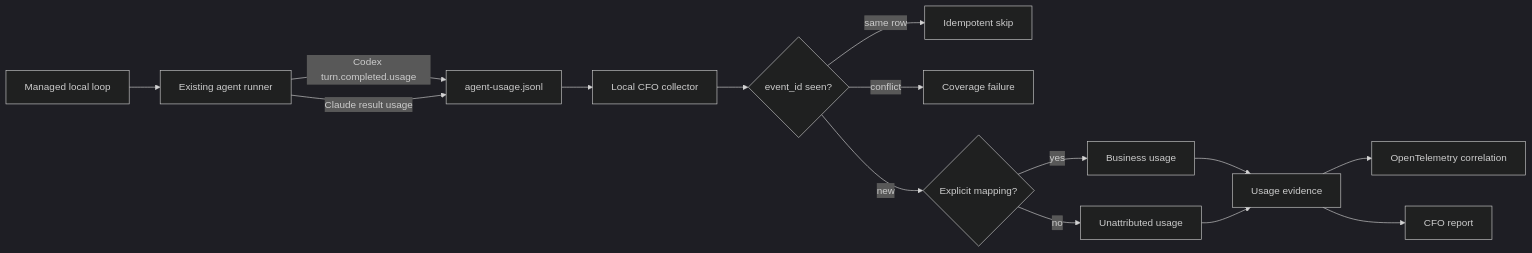
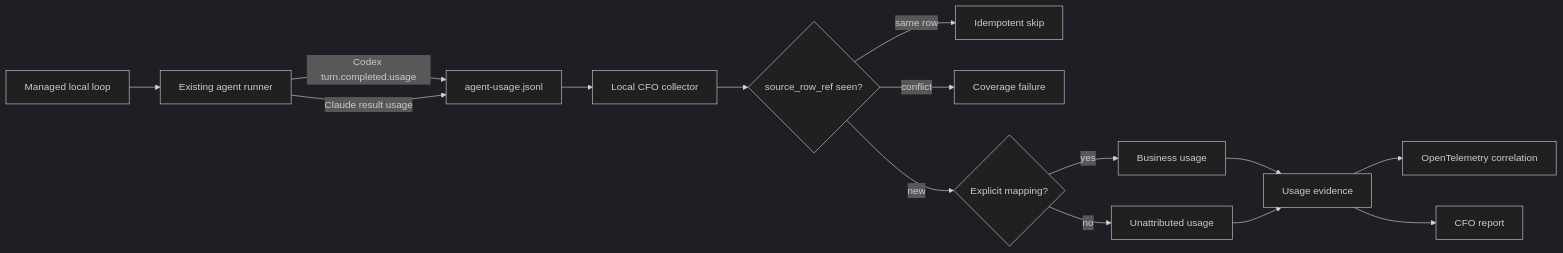
Before and after one commit to Daisuke134/anicca: the diagram in docs/superpowers/specs/2026-08-10-life-manager-cfo-local-agent-usage-design.md, drawn with Mermaid (dark theme). The commit also changed other lines of this file and 3 other files, not shown here.

````diff
--- a/docs/superpowers/specs/2026-08-10-life-manager-cfo-local-agent-usage-design.md
+++ b/docs/superpowers/specs/2026-08-10-life-manager-cfo-local-agent-usage-design.md
@@ -29,17 +29,17 @@
 ```mermaid
 flowchart LR
     RUN[Managed local loop] --> AR[Existing agent runner]
     AR -->|Codex turn.completed.usage| J[agent-usage.jsonl]
     AR -->|Claude result usage| J
     J --> C[Local CFO collector]
-    C --> D{event_id seen?}
+    C --> D{source_row_ref seen?}
     D -->|same row| SKIP[Idempotent skip]
     D -->|conflict| GAP[Coverage failure]
     D -->|new| MAP{Explicit mapping?}
     MAP -->|yes| UNIT[Business usage]
     MAP -->|no| UN[Unattributed usage]
     UNIT --> LED[Usage evidence]
     UN --> LED
     LED --> OTEL[OpenTelemetry correlation]
     LED --> CFO[CFO report]
 ```
````
